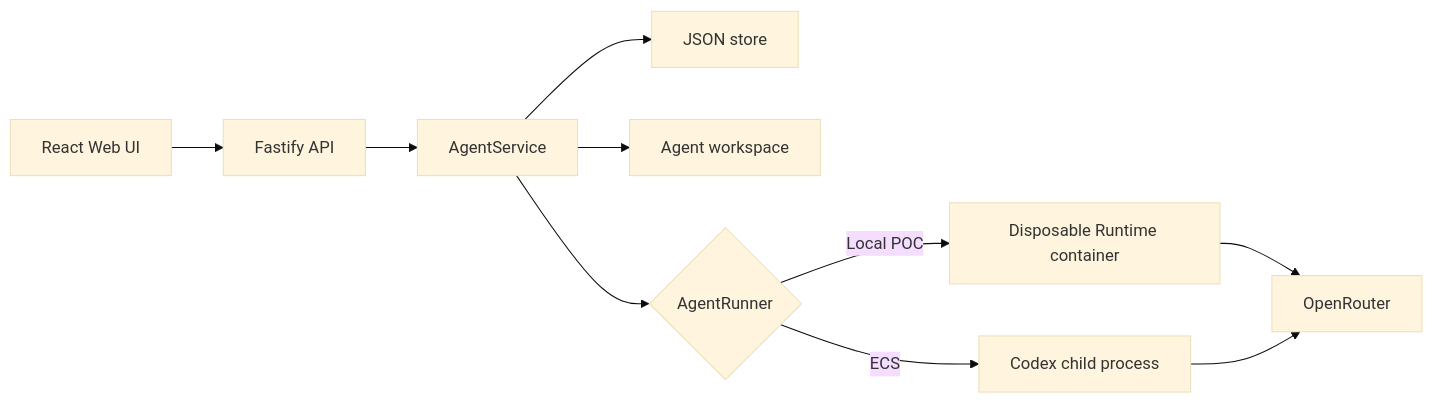
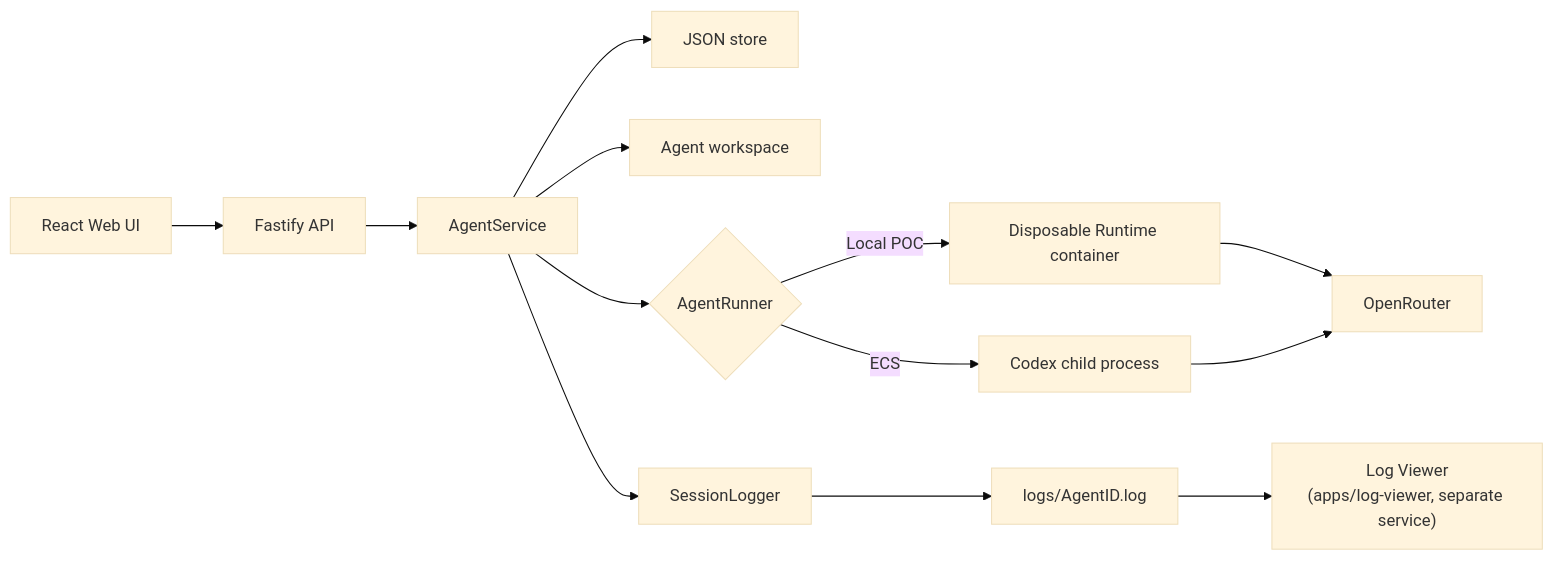
One commit to Git-Push-and-Prey/TikTok-TechJam-2026 changed the diagram in docs/ARCHITECTURE.md. Above: the diagram before and after it, drawn with Mermaid (base theme). The commit also changed other lines of this file and 30 other files, not shown here.

First line of the commit message:
Add session-based logging with a separately hosted log viewer

````diff
--- a/docs/ARCHITECTURE.md
+++ b/docs/ARCHITECTURE.md
@@ -5,12 +5,15 @@
 ```mermaid
 flowchart LR
     UI["React Web UI"] --> API["Fastify API"]
     API --> Service["AgentService"]
     Service --> Store["JSON store"]
     Service --> Workspace["Agent workspace"]
     Service --> Runner{"AgentRunner"}
     Runner -->|Local POC| Container["Disposable Runtime container"]
     Runner -->|ECS| Process["Codex child process"]
     Container --> OpenRouter["OpenRouter"]
     Process --> OpenRouter
+    Service --> SessionLogger["SessionLogger"]
+    SessionLogger --> Logs["logs/AgentID.log"]
+    Logs --> LogViewer["Log Viewer\n(apps/log-viewer, separate service)"]
 ```
````
